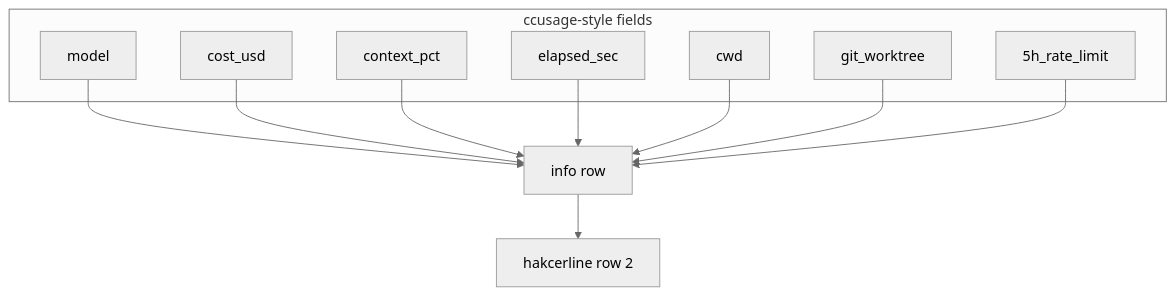
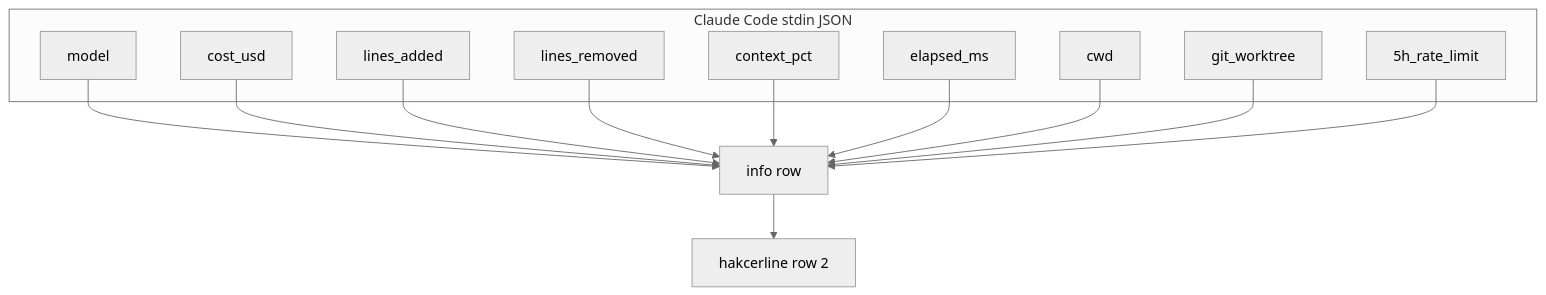
The second of 2 diagrams in README.md (haKC-ai/hakcerline), drawn with Mermaid (neutral theme) before and after one commit. The commit also changed other lines of this file and 1 other file, not shown here.

````diff
--- a/README.md
+++ b/README.md
@@ -187,20 +237,24 @@
 ```mermaid
 flowchart TD
-  subgraph ccusage_fields[ccusage-style fields]
+  subgraph stdin_fields[Claude Code stdin JSON]
     M[model]
     C[cost_usd]
+    LA[lines_added]
+    LR[lines_removed]
     CTX[context_pct]
-    EL[elapsed_sec]
+    EL[elapsed_ms]
     CWD[cwd]
     GIT[git_worktree]
     RL[5h_rate_limit]
   end
   M --> IR[info row]
   C --> IR
+  LA --> IR
+  LR --> IR
   CTX --> IR
   EL --> IR
   CWD --> IR
   GIT --> IR
   RL --> IR
   IR --> STATUSLINE[hakcerline row 2]
 ```
````
